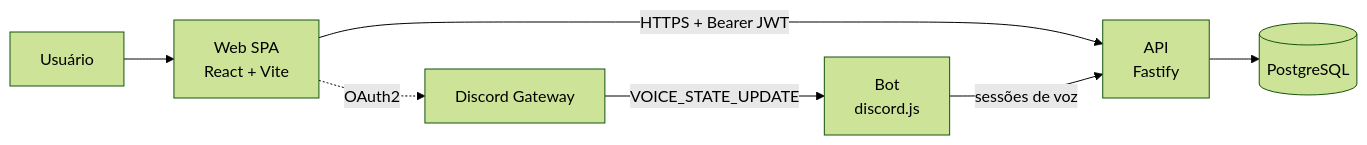
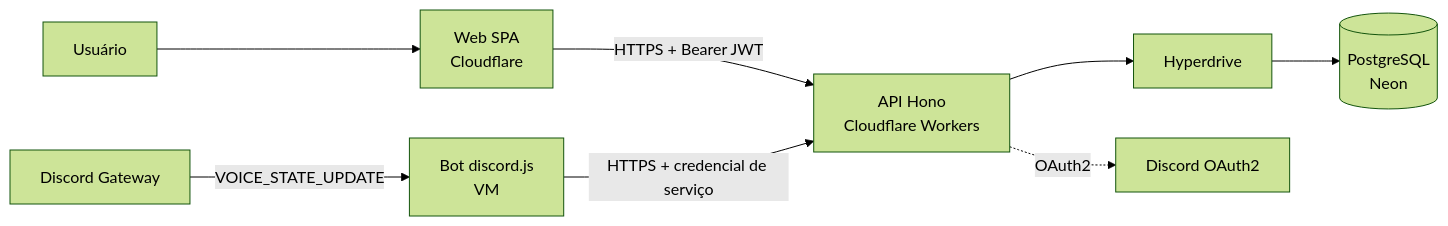
The diagram in README.md (JKranmer/StudyRooms), drawn with Mermaid (forest theme) before and after one commit. The commit also changed other lines of this file, not shown here.

````diff
--- a/README.md
+++ b/README.md
@@ -44,9 +55,10 @@
 ```mermaid
 flowchart LR
-    U[Usuário] --> W[Web SPA<br/>React + Vite]
-    W -->|HTTPS + Bearer JWT| A[API<br/>Fastify]
-    D[Discord Gateway] -->|VOICE_STATE_UPDATE| B[Bot<br/>discord.js]
-    B -->|sessões de voz| A
-    A --> P[(PostgreSQL)]
-    W -. OAuth2 .-> D
+    U[Usuário] --> W[Web SPA<br/>Cloudflare]
+    W -->|HTTPS + Bearer JWT| A[API Hono<br/>Cloudflare Workers]
+    G[Discord Gateway] -->|VOICE_STATE_UPDATE| B[Bot discord.js<br/>VM]
+    B -->|HTTPS + credencial de serviço| A
+    A --> H[Hyperdrive]
+    H --> P[(PostgreSQL<br/>Neon)]
+    A -. OAuth2 .-> O[Discord OAuth2]
 ```
````
